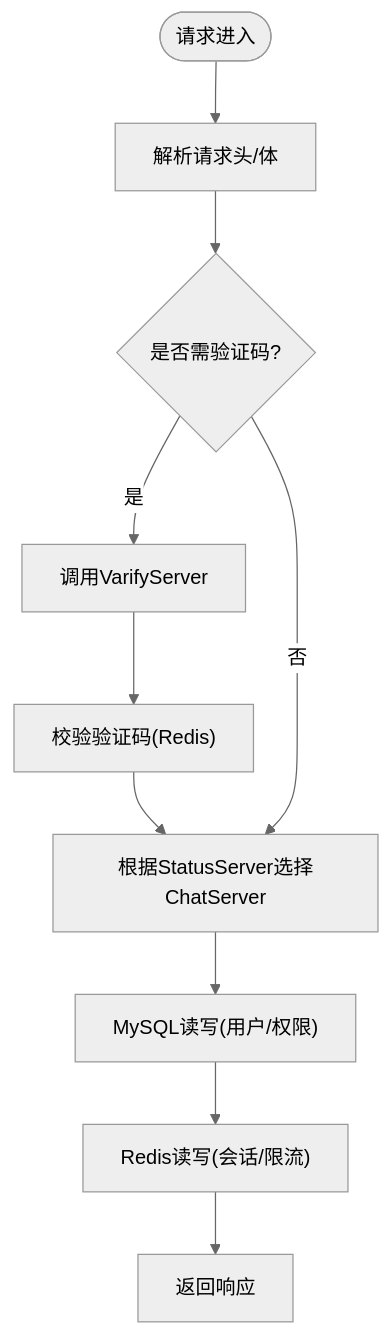
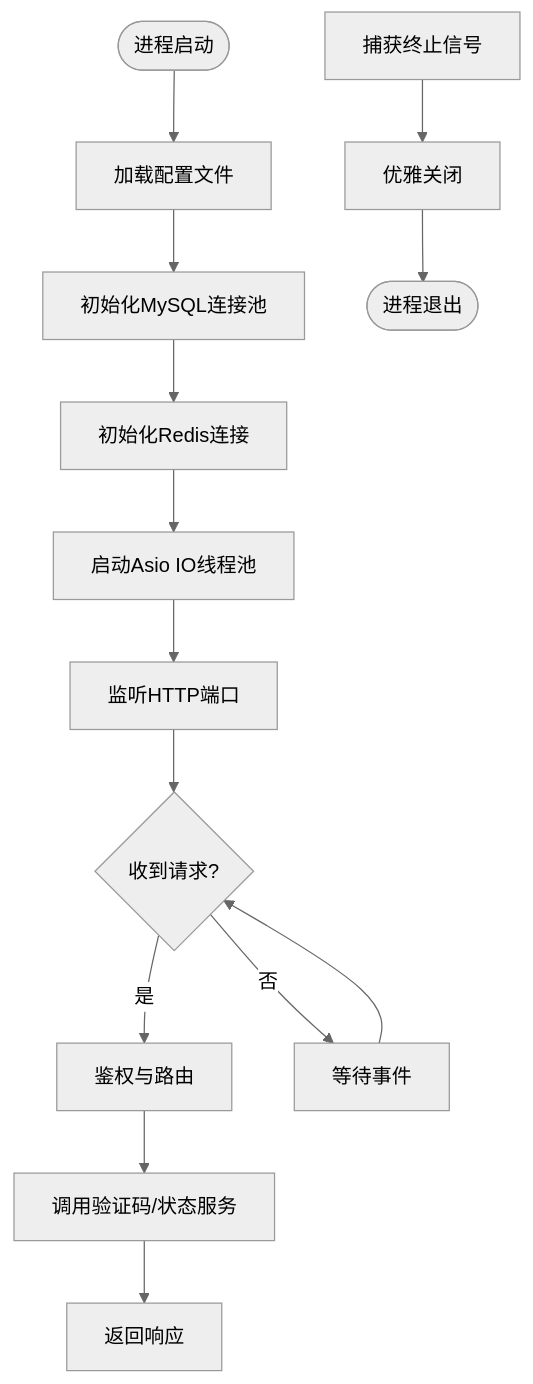
One commit to echo9923/mychatter changed the third of 5 diagrams in .qoder/repowiki/zh/content/部署运维/部署运维.md. Above: the diagram before and after it, drawn with Mermaid (neutral theme). The commit also changed other lines of this file and 526 other files, not shown here.

````diff
--- a/.qoder/repowiki/zh/content/部署运维/部署运维.md
+++ b/.qoder/repowiki/zh/content/部署运维/部署运维.md
@@ -136,12 +162,16 @@
 ```mermaid
 flowchart TD
-Start(["请求进入"]) --> Parse["解析请求头/体"]
-Parse --> Verify{"是否需验证码?"}
-Verify --> |是| CallVerify["调用VarifyServer"]
-CallVerify --> CheckCode["校验验证码(Redis)"]
-CheckCode --> Route["根据StatusServer选择ChatServer"]
-Verify --> |否| Route
-Route --> DBCheck["MySQL读写(用户/权限)"]
-DBCheck --> Cache["Redis读写(会话/限流)"]
-Cache --> Resp["返回响应"]
+Start(["进程启动"]) --> LoadCfg["加载配置文件"]
+LoadCfg --> InitDB["初始化MySQL连接池"]
+InitDB --> InitRedis["初始化Redis连接"]
+InitRedis --> StartIO["启动Asio IO线程池"]
+StartIO --> Listen["监听HTTP端口"]
+Listen --> HandleReq{"收到请求?"}
+HandleReq --> |是| Auth["鉴权与路由"]
+Auth --> CallExt["调用验证码/状态服务"]
+CallExt --> Resp["返回响应"]
+HandleReq --> |否| Wait["等待事件"]
+Wait --> HandleReq
+Signal["捕获终止信号"] --> Graceful["优雅关闭"]
+Graceful --> End(["进程退出"])
 ```
````
